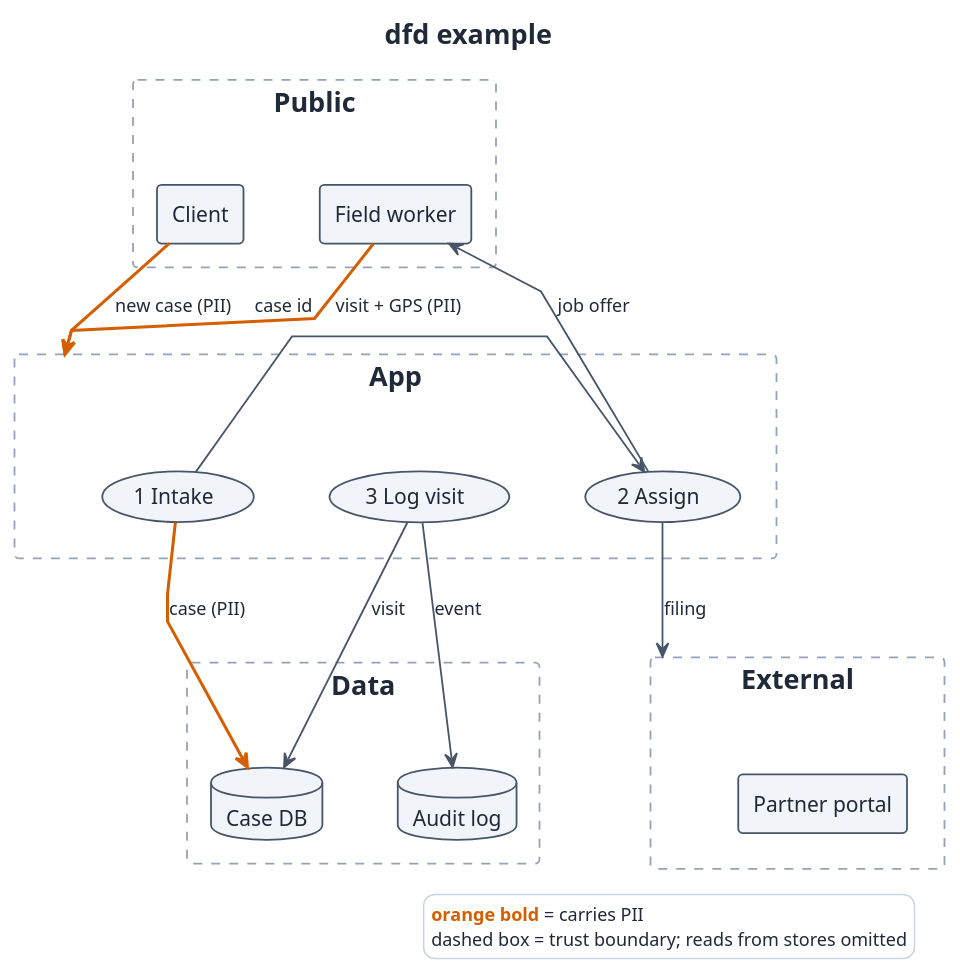
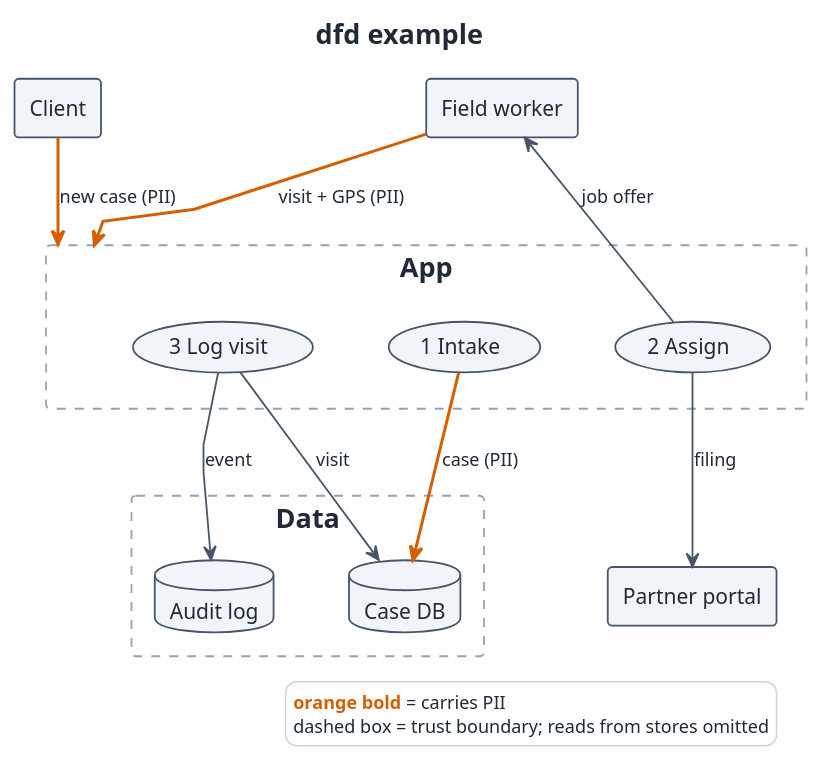
One commit to gregodouglas/plantuml-diagrams-skill changed the diagram in skills/plantuml-diagrams/assets/templates/dfd.puml. Above: the diagram before and after it, drawn with PlantUML. The commit also changed 6 other files, not shown here.

First line of the commit message:
dfd template: fit 16:9 on Graphviz 2.4x as well as 15.x

```diff
--- a/skills/plantuml-diagrams/assets/templates/dfd.puml
+++ b/skills/plantuml-diagrams/assets/templates/dfd.puml
@@ -1,72 +1,70 @@
 @startuml
 ' ---- house style (slide) ----
 skinparam shadowing false
 skinparam defaultFontName Helvetica
 skinparam maxMessageSize 180
 skinparam wrapWidth 180
 <style>
 root {
   FontName Helvetica
   FontSize 14
   FontColor #1F2937
 }
 element { BackgroundColor #F1F5F9; LineColor #475569; LineThickness 1.2; RoundCorner 6 }
 arrow   { LineColor #475569; LineThickness 1.2; FontSize 12; MaximumWidth 180 }
 note    { BackgroundColor #FFF7E0; LineColor #B45309; FontSize 12; MaximumWidth 220 }
 title   { FontSize 18; FontStyle bold }
 caption { FontSize 12; FontColor #64748B }
 legend  { FontSize 12; BackgroundColor white; LineColor #CBD5E1; MaximumWidth 320 }
 .accent { BackgroundColor #1D4ED8; FontColor white; LineColor #1E3A8A }
 .alert  { BackgroundColor #FEE2E2; FontColor #7F1D1D; LineColor #B91C1C }
 .muted  { BackgroundColor #F8FAFC; FontColor #64748B; LineColor #CBD5E1 }
 .boundary { BackgroundColor transparent; LineColor #94A3B8; LineStyle 6; LineThickness 1.2 }
 </style>
 hide stereotype
 ' ---- layout (Graphviz dot) ----
 skinparam linetype polyline
 skinparam nodesep 50
 skinparam ranksep 60
 top to bottom direction
 
 ' ---- body ----
 title dfd example
 ' DFD notation: process = usecase (ellipse), external entity = rectangle, data store = database,
 ' trust boundary = rectangle <<boundary>> (dashed, from the style block); PII flows -[#D55E00,bold]-> and say (PII).
 ' DFD recipe: number processes (0, 1, 1.1); draw WRITES to stores and say "reads omitted" in the legend
-' when read-backs would loop around the diagram. Rows by zone, top-to-bottom (Public / App / Data+Third party);
-' write upward flows with a flipped arrowhead (server <-- p2) so the rows hold. Keep one level per diagram:
+' when read-backs would loop around the diagram. Rows top-to-bottom (external entities / App / Data); write
+' upward flows with a flipped arrowhead (server <-- p2) so the rows hold. Keep one level per diagram:
 ' level 0 (context) then one level-1 per process. Boundaries stay top-to-bottom even for slides (direction="tb").
+' External entities sit outside any boundary: a box per zone you do not control adds a row of height.
+' No same-rank flows between processes in a zone (p1 -> p2): Graphviz puts another process between them and the
+' flow loops over the zone title. Hand off through a store instead (reads omitted).
 
-rectangle "Public" as z_pub <<boundary>> {
-  rectangle "Client" as client
-  rectangle "Field worker" as server
-}
+rectangle "Client" as client
+rectangle "Field worker" as server
 rectangle "App" as z_app <<boundary>> {
   usecase "1 Intake" as p1
   usecase "2 Assign" as p2
   usecase "3 Log visit" as p3
 }
 rectangle "Data" as z_data <<boundary>> {
   database "Audit log" as audit
   database "Case DB" as db
 }
-rectangle "External" as z_ext <<boundary>> {
-  rectangle "Partner portal" as court
-}
+rectangle "Partner portal" as court
 
-' Flows that cross a boundary target the ZONE (z_app, z_ext); flows inside a zone target the node.
+' Flows that cross into a boundary target the ZONE (z_app); flows out to a node target the node.
 ' Short zone titles + zone-level links are what keeps edges off the titles (measured: 3 crossings -> 0).
 client -[#D55E00,bold]-> z_app : new case (PII)
 server -[#D55E00,bold]-> z_app : visit + GPS (PII)
-p1 -> p2 : case id
 server <-- p2 : job offer
 p1 -[#D55E00,bold]-> db : case (PII)
 p3 --> db : visit
 p3 --> audit : event
-p2 --> z_ext : filing
+p2 --> court : filing
 
 legend right
   <color:#D55E00><b>orange bold</b></color> = carries PII
   dashed box = trust boundary; reads from stores omitted
 endlegend
 @enduml
```
